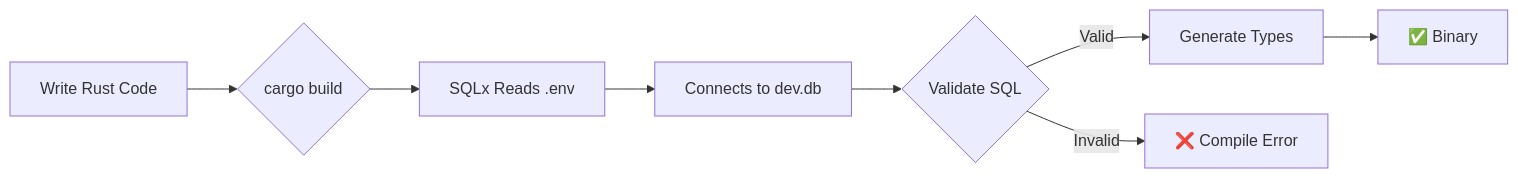
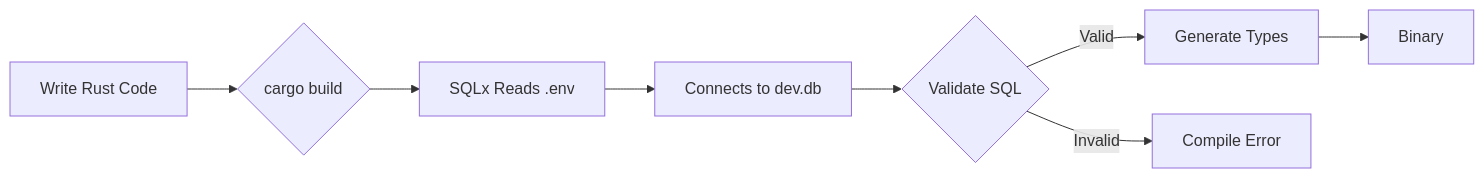
Before and after one commit to Swatto86/SwatNotes: the first of 5 diagrams in docs/chapters/04-understanding-the-stack.md, drawn with Mermaid.

Commit message:
Fix mermaid syntax error by removing emoji characters from node labels

````diff
--- a/docs/chapters/04-understanding-the-stack.md
+++ b/docs/chapters/04-understanding-the-stack.md
@@ -152,10 +152,10 @@
 ```mermaid
 graph LR
     A[Write Rust Code] --> B{cargo build}
     B --> C[SQLx Reads .env]
     C --> D[Connects to dev.db]
     D --> E{Validate SQL}
     E -->|Valid| F[Generate Types]
-    E -->|Invalid| G[❌ Compile Error]
-    F --> H[✅ Binary]
+    E -->|Invalid| G[Compile Error]
+    F --> H[Binary]
 ```
````
